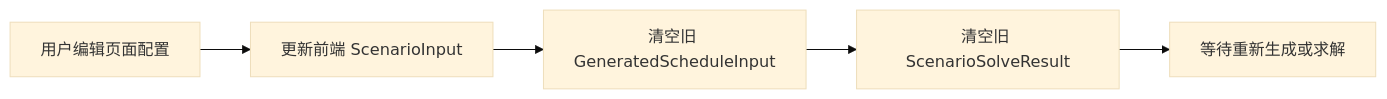
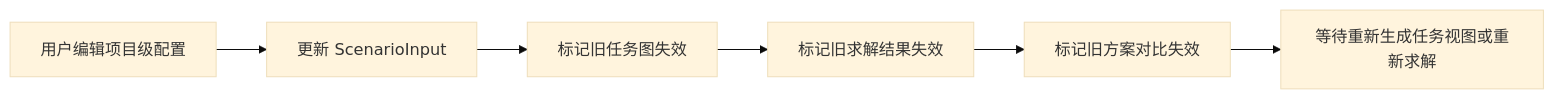
One commit to Lili-big/projectScheduling changed the third of 9 diagrams in docs/project-scheduling-system-overview.md. Above: the diagram before and after it, drawn with Mermaid (base theme). The commit also changed other lines of this file and 4 other files, not shown here.

````diff
--- a/docs/project-scheduling-system-overview.md
+++ b/docs/project-scheduling-system-overview.md
@@ -192,7 +221,8 @@
 ```mermaid
 flowchart LR
-  A["用户编辑页面配置"] --> B["更新前端 ScenarioInput"]
-  B --> C["清空旧 GeneratedScheduleInput"]
-  C --> D["清空旧 ScenarioSolveResult"]
-  D --> E["等待重新生成或求解"]
+  A["用户编辑项目级配置"] --> B["更新 ScenarioInput"]
+  B --> C["标记旧任务图失效"]
+  C --> D["标记旧求解结果失效"]
+  D --> E["标记旧方案对比失效"]
+  E --> F["等待重新生成任务视图或重新求解"]
 ```
````
